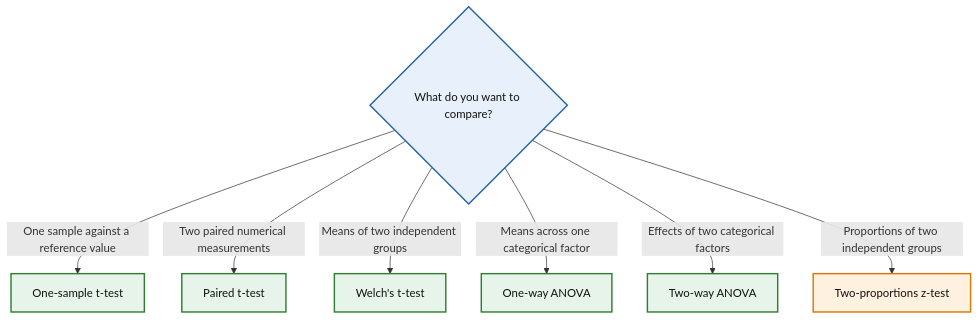
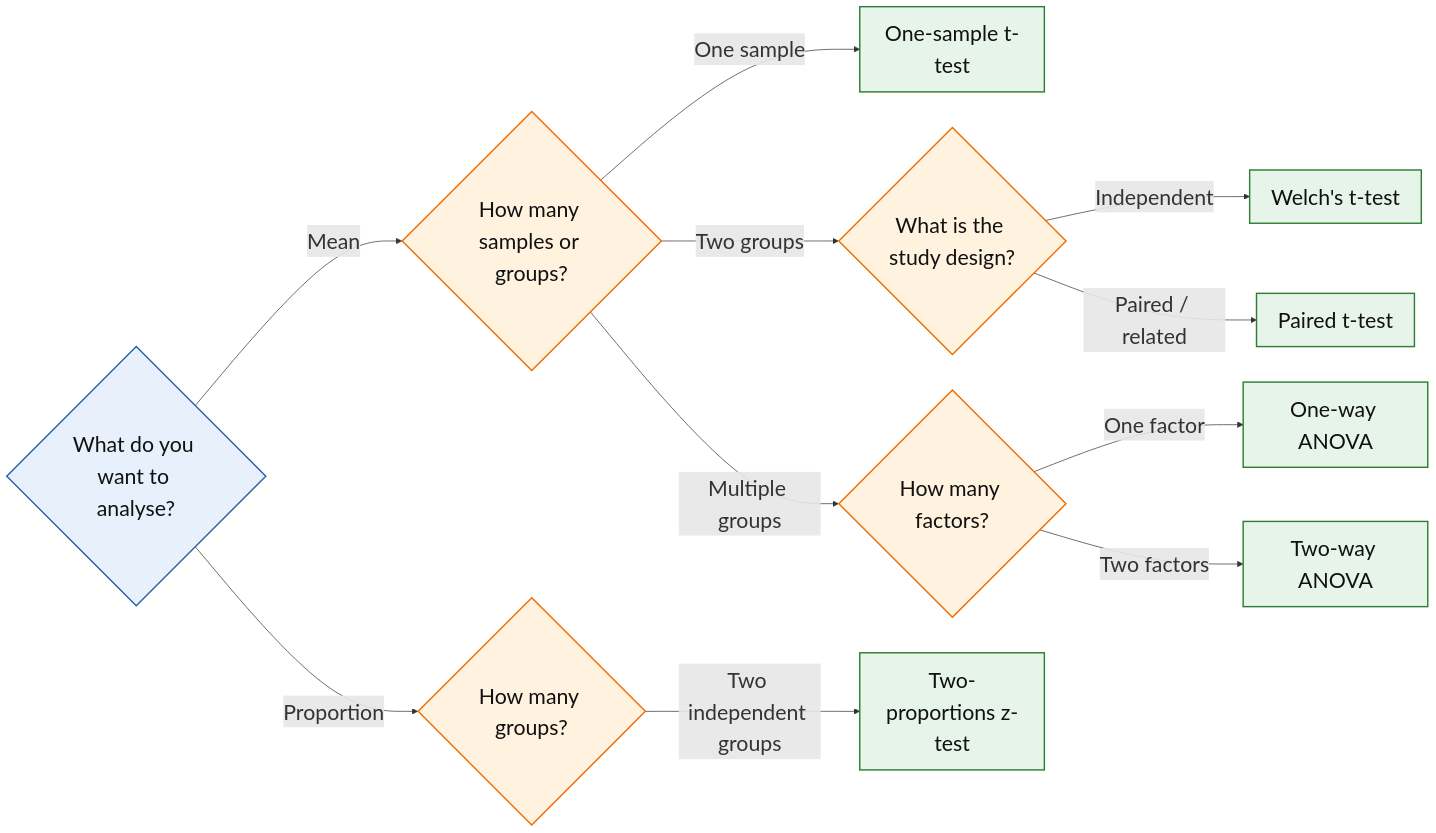
The second of 2 diagrams in docs/index.md (isg75/StatsNavigator), drawn with Mermaid before and after one commit. The commit also changed other lines of this file, not shown here.

Commit message:
Start navigator overhaul with mean branch

````diff
--- a/docs/index.md
+++ b/docs/index.md
@@ -72,26 +72,35 @@
 ```mermaid
-flowchart TD
-    START{"What do you want to compare?"};
+%%{init: {"themeVariables": {"fontSize": "30px"}}}%%
+flowchart LR
+    START{"What do you want to analyse?"};
 
-    START -->|"One sample against a reference value"| ONE["One-sample t-test"];
-    START -->|"Two paired numerical measurements"| PAIRED["Paired t-test"];
-    START -->|"Means of two independent groups"| WELCH["Welch's t-test"];
-    START -->|"Means across one categorical factor"| ANOVA1["One-way ANOVA"];
-    START -->|"Effects of two categorical factors"| ANOVA2["Two-way ANOVA"];
-    START -->|"Proportions of two independent groups"| PROP2["Two-proportions z-test"];
+    START -->|"Mean"| MEAN{"How many samples or groups?"};
+    START -->|"Proportion"| PROP{"How many groups?"};
+
+    MEAN -->|"One sample"| ONE["One-sample t-test"];
+    MEAN -->|"Two groups"| TWO{"What is the study design?"};
+    MEAN -->|"Multiple groups"| MULTI{"How many factors?"};
+
+    TWO -->|"Independent"| WELCH["Welch's t-test"];
+    TWO -->|"Paired / related"| PAIRED["Paired t-test"];
+
+    MULTI -->|"One factor"| ANOVA1["One-way ANOVA"];
+    MULTI -->|"Two factors"| ANOVA2["Two-way ANOVA"];
+
+    PROP -->|"Two independent groups"| PROP2["Two-proportions z-test"];
 
     click ONE "tests/one-sample-t-test/" "Open the One-sample t-test card";
     click PAIRED "tests/paired-t-test/" "Open the Paired t-test card";
     click WELCH "tests/welch-t-test/" "Open the Welch's t-test card";
     click ANOVA1 "tests/one-way-anova/" "Open the One-way ANOVA card";
     click ANOVA2 "tests/two-way-anova/" "Open the Two-way ANOVA card";
     click PROP2 "tests/two-proportions-z-test/" "Open the Two-proportions z-test card";
 
     classDef question fill:#e8f1fb,stroke:#2463a6,stroke-width:2px,color:#111;
-    classDef continuous fill:#e7f4ea,stroke:#2e7d32,stroke-width:2px,color:#111;
-    classDef proportion fill:#fff1df,stroke:#d97706,stroke-width:2px,color:#111;
+    classDef feature fill:#fff3e0,stroke:#ef6c00,stroke-width:2px,color:#111;
+    classDef method fill:#e7f4ea,stroke:#2e7d32,stroke-width:2px,color:#111;
 
     class START question;
-    class ONE,PAIRED,WELCH,ANOVA1,ANOVA2 continuous;
-    class PROP2 proportion;
+    class MEAN,PROP,TWO,MULTI feature;
+    class ONE,PAIRED,WELCH,ANOVA1,ANOVA2,PROP2 method;
 ```
````
